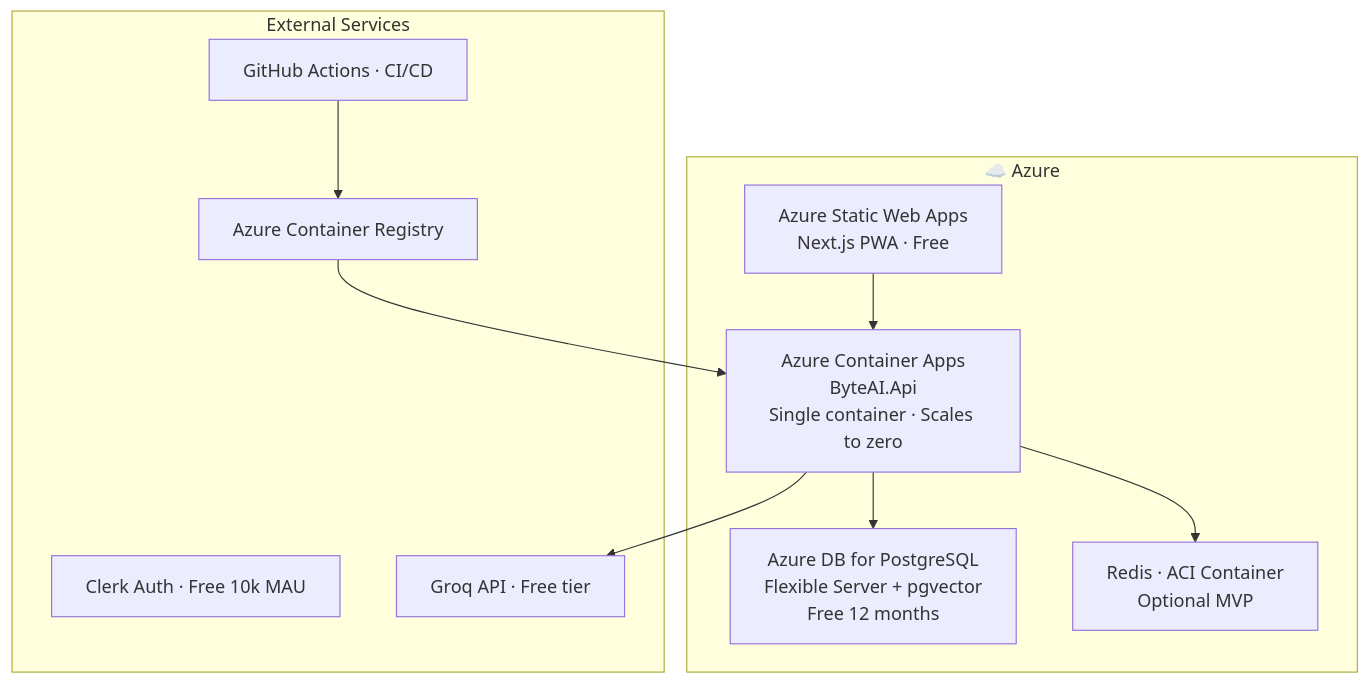
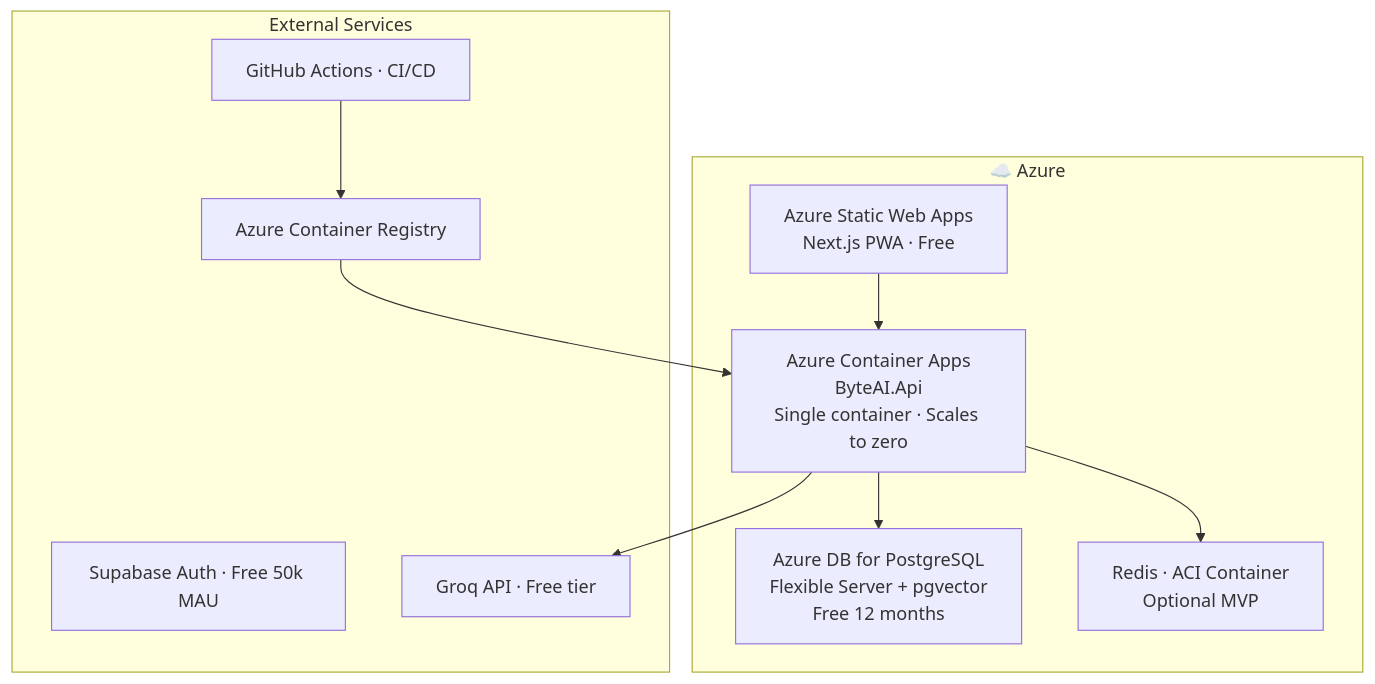
The fourth of 4 diagrams in .claude/docs/byteai-backend-architecture.md (sravan4262/ByteAI), drawn with Mermaid before and after one commit. The commit also changed other lines of this file and 86 other files, not shown here.

````diff
--- a/.claude/docs/byteai-backend-architecture.md
+++ b/.claude/docs/byteai-backend-architecture.md
@@ -464,22 +464,22 @@
 ```mermaid
 graph TB
     subgraph AZURE["☁️ Azure"]
         SWA[Azure Static Web Apps<br/>Next.js PWA · Free]
         ACA[Azure Container Apps<br/>ByteAI.Api<br/>Single container · Scales to zero]
         PG_MS[Azure DB for PostgreSQL<br/>Flexible Server + pgvector<br/>Free 12 months]
         ACI1[Redis · ACI Container<br/>Optional MVP]
     end
 
     subgraph EXTERNAL["External Services"]
-        CLERK_EXT[Clerk Auth · Free 10k MAU]
+        SUPABASE_EXT[Supabase Auth · Free 50k MAU]
         GROQ_EXT[Groq API · Free tier]
         GH[GitHub Actions · CI/CD]
         ACR[Azure Container Registry]
     end
 
     SWA --> ACA
     ACA --> PG_MS
     ACA --> ACI1
     ACA --> GROQ_EXT
     GH --> ACR --> ACA
 ```
````
